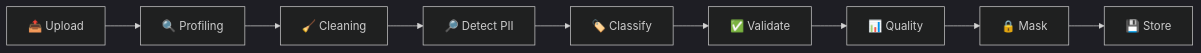
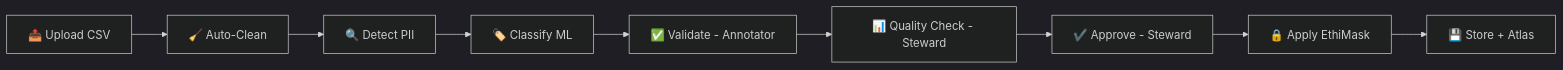
One commit to Yousseftouzani1/DataGovProjetFederateur changed the diagram in README.md. Above: the diagram before and after it, drawn with Mermaid (dark theme). The commit also changed other lines of this file and 36 other files, not shown here.

````diff
--- a/README.md
+++ b/README.md
@@ -230,11 +332,11 @@
 ```mermaid
 graph LR
-    A[📤 Upload] --> B[🔍 Profiling]
-    B --> C[🧹 Cleaning]
-    C --> D[🔎 Detect PII]
-    D --> E[🏷️ Classify]
-    E --> F[✅ Validate]
-    F --> G[📊 Quality]
-    G --> H[🔒 Mask]
-    H --> I[💾 Store]
+    A[📤 Upload CSV] --> B[🧹 Auto-Clean]
+    B --> C[🔍 Detect PII]
+    C --> D[🏷️ Classify ML]
+    D --> E[✅ Validate - Annotator]
+    E --> F[📊 Quality Check - Steward]
+    F --> G[✔️ Approve - Steward]
+    G --> H[🔒 Apply EthiMask]
+    H --> I[💾 Store + Atlas]
 ```
````
